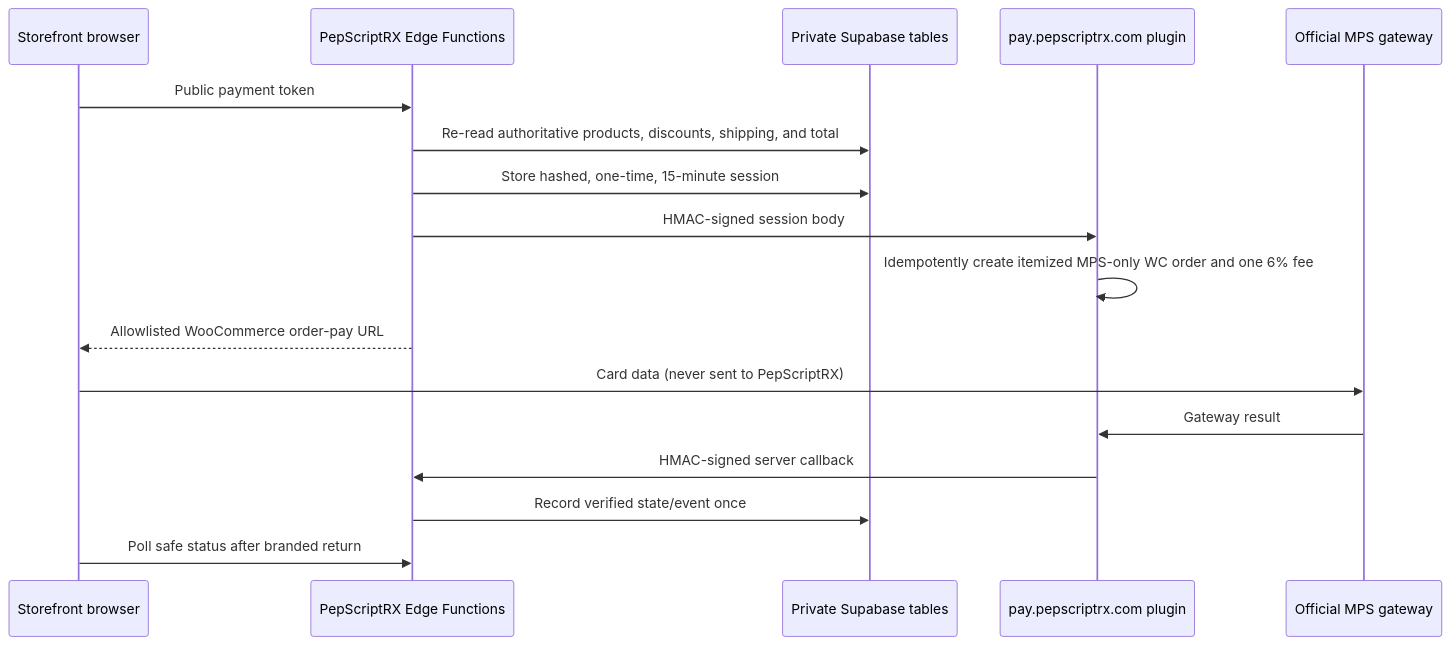
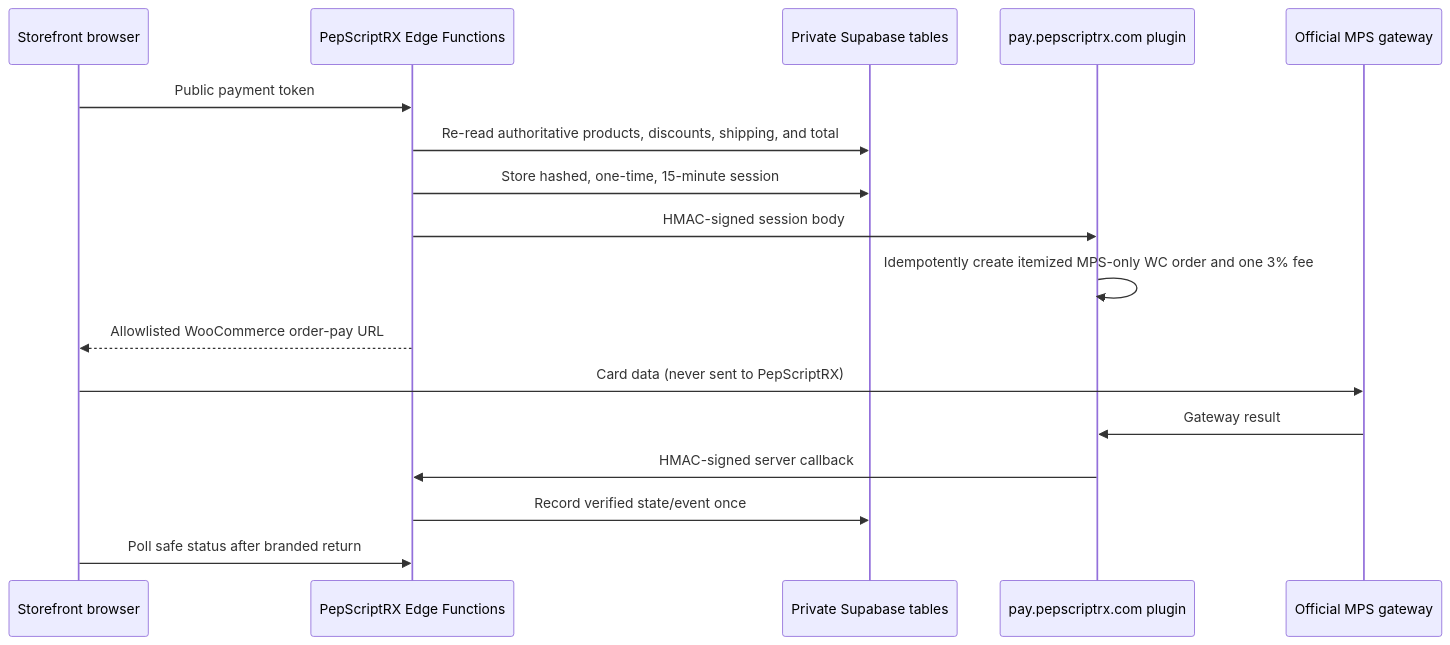
Before and after one commit to MedFlowUSA/PepScriptRX: the diagram in docs/woocommerce-payment-bridge.md, drawn with Mermaid. The commit also changed other lines of this file and 10 other files, not shown here.

````diff
--- a/docs/woocommerce-payment-bridge.md
+++ b/docs/woocommerce-payment-bridge.md
@@ -8,19 +8,19 @@
 ```mermaid
 sequenceDiagram
   participant B as Storefront browser
   participant P as PepScriptRX Edge Functions
   participant D as Private Supabase tables
   participant W as pay.pepscriptrx.com plugin
   participant M as Official MPS gateway
   B->>P: Public payment token
   P->>D: Re-read authoritative products, discounts, shipping, and total
   P->>D: Store hashed, one-time, 15-minute session
   P->>W: HMAC-signed session body
-  W->>W: Idempotently create itemized MPS-only WC order and one 6% fee
+  W->>W: Idempotently create itemized MPS-only WC order and one 3% fee
   P-->>B: Allowlisted WooCommerce order-pay URL
   B->>M: Card data (never sent to PepScriptRX)
   M->>W: Gateway result
   W->>P: HMAC-signed server callback
   P->>D: Record verified state/event once
   B->>P: Poll safe status after branded return
 ```
````
